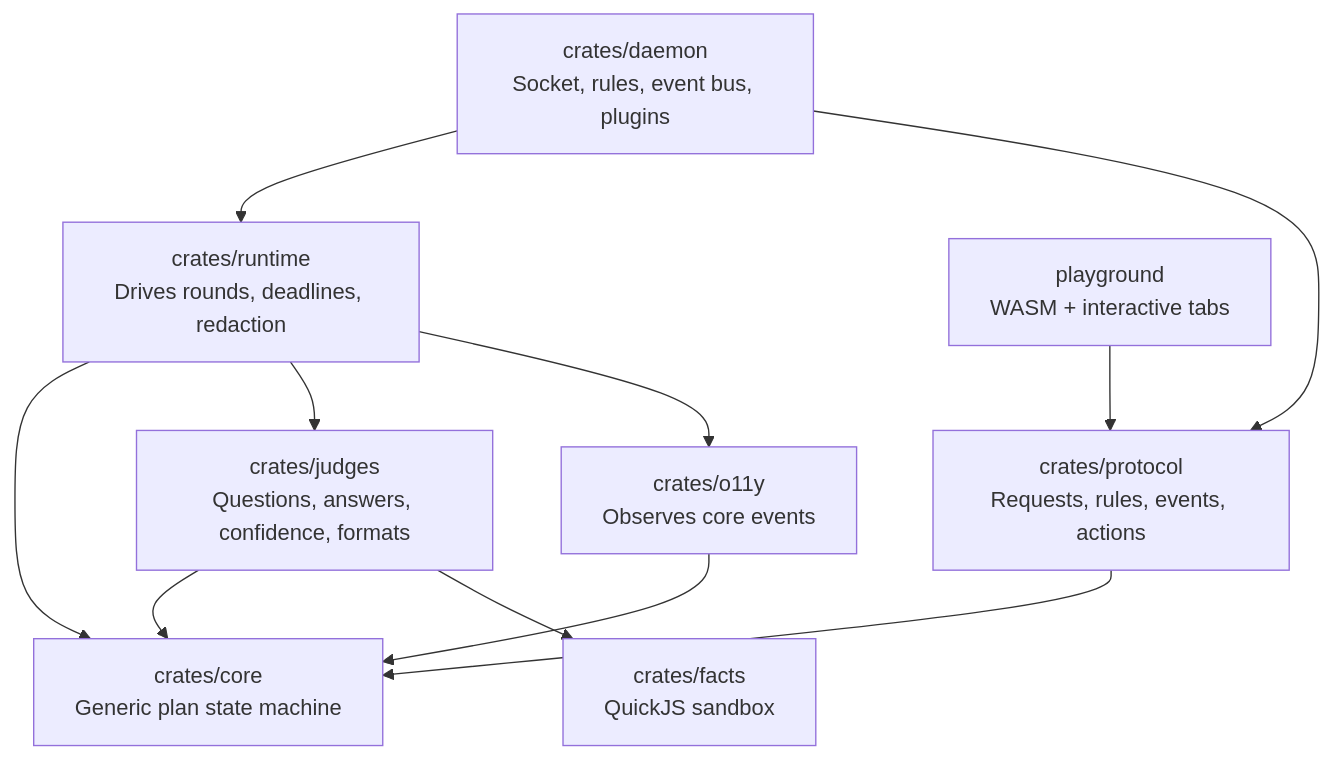
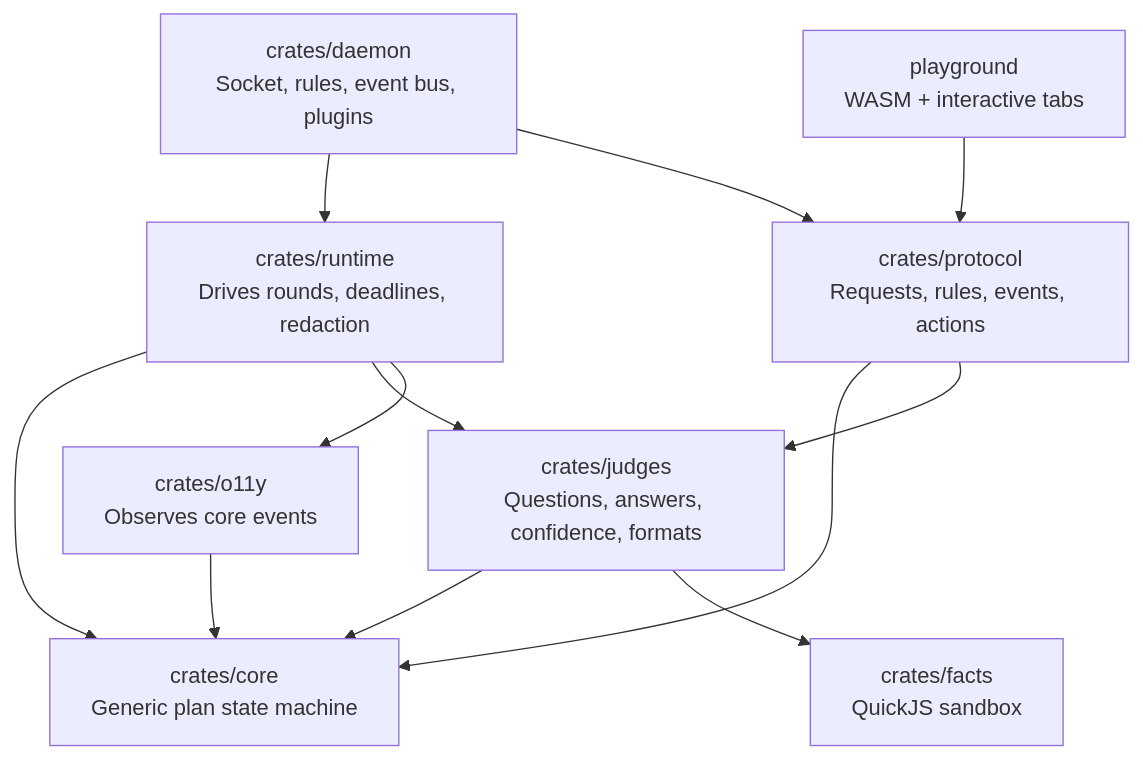
One commit to StevenJPx2/chauffeur changed the fifth of 16 diagrams in docs/plans/pluggability.md. Above: the diagram before and after it, drawn with Mermaid. The commit also changed other lines of this file and 60 other files, not shown here.

````diff
--- a/docs/plans/pluggability.md
+++ b/docs/plans/pluggability.md
@@ -162,14 +162,15 @@
 ```mermaid
 flowchart TB
     Core["crates/core<br/>Generic plan state machine"]
     O11y["crates/o11y<br/>Observes core events"] --> Core
     Protocol["crates/protocol<br/>Requests, rules, events, actions"] --> Core
+    Protocol --> Judges
     Judges["crates/judges<br/>Questions, answers, confidence, formats"] --> Core
     Judges --> Facts["crates/facts<br/>QuickJS sandbox"]
     Runtime["crates/runtime<br/>Drives rounds, deadlines, redaction"] --> Core
     Runtime --> Judges
     Runtime --> O11y
     Daemon["crates/daemon<br/>Socket, rules, event bus, plugins"] --> Runtime
     Daemon --> Protocol
     Playground["playground<br/>WASM + interactive tabs"] --> Protocol
 ```
````
